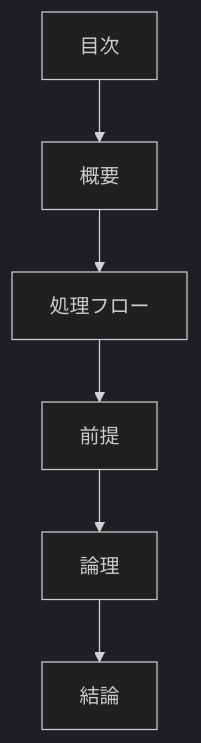
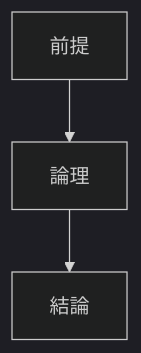
The diagram in docs/99-meta-rules/pattern-logic.md (ikemo3/cogitoweave-doc), drawn with Mermaid (dark theme) before and after one commit. The commit also changed other lines of this file and 241 other files, not shown here.

````diff
--- a/docs/99-meta-rules/pattern-logic.md
+++ b/docs/99-meta-rules/pattern-logic.md
@@ -29,8 +29,5 @@
 ```mermaid
 graph TD
-    A[目次] --> B[概要]
-    B --> C[処理フロー]
-    C --> D[前提]
-    D --> E[論理]
-    E --> F[結論]
+    A[前提] --> B[論理]
+    B --> C[結論]
 ```
````
